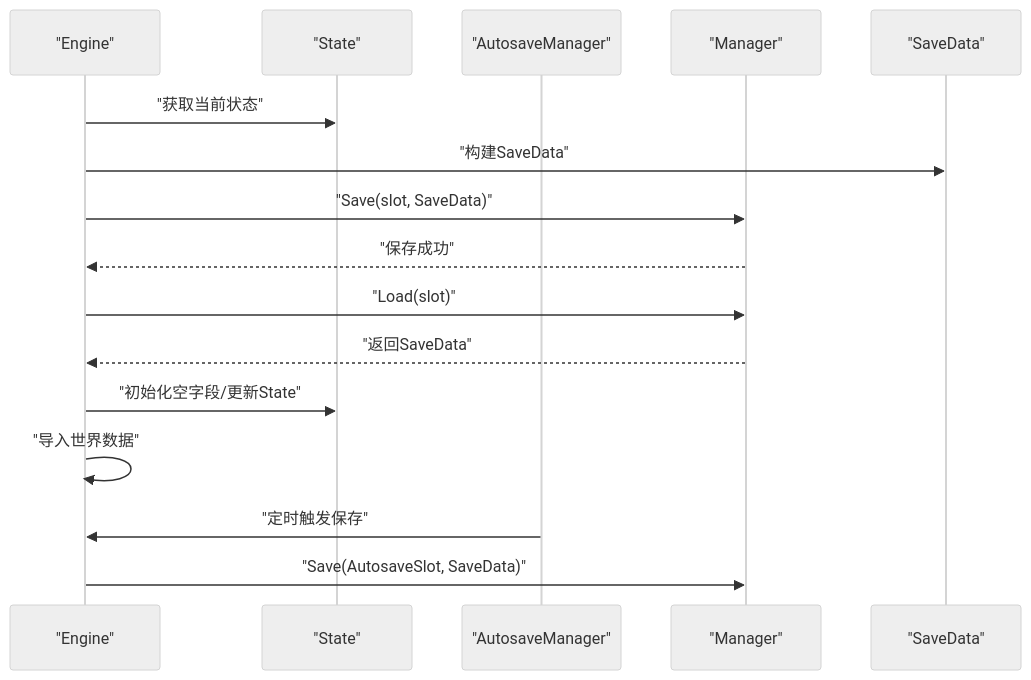
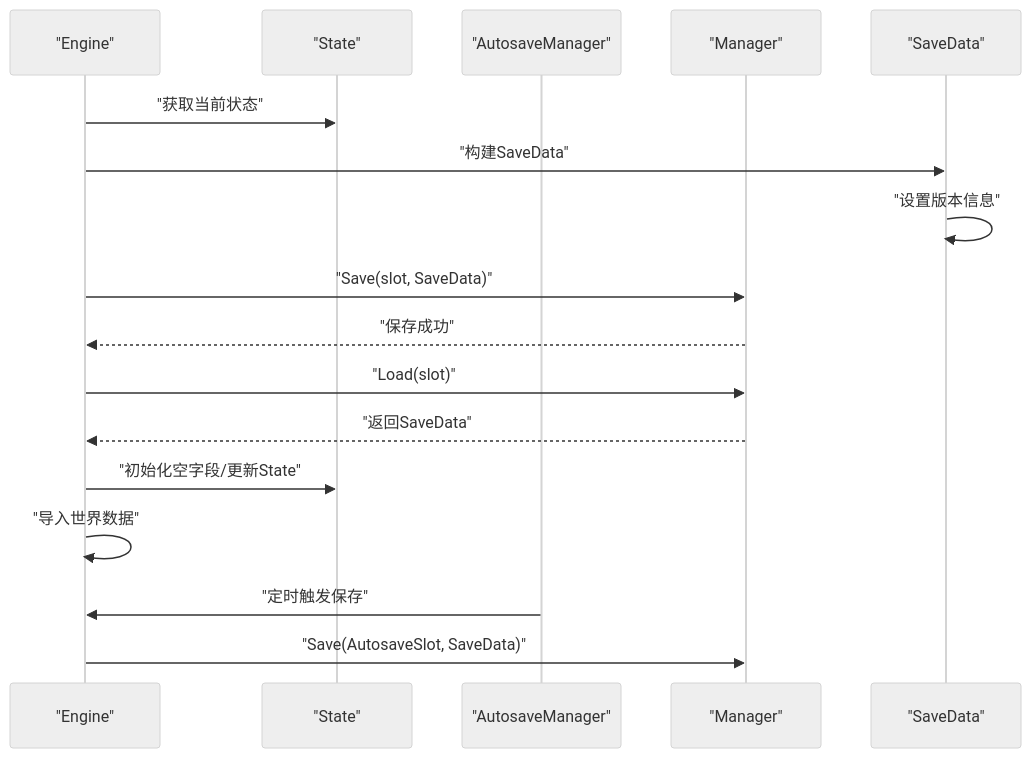
Before and after one commit to zwh8800/cdnd: the sixth of 9 diagrams in .qoder/repowiki/zh/content/存档系统.md, drawn with Mermaid (neutral theme). The commit also changed other lines of this file and 11 other files, not shown here.

````diff
--- a/.qoder/repowiki/zh/content/存档系统.md
+++ b/.qoder/repowiki/zh/content/存档系统.md
@@ -337,18 +334,19 @@
 ```mermaid
 sequenceDiagram
 participant ENG as "Engine"
 participant ST as "State"
 participant ASMgr as "AutosaveManager"
 participant SM as "Manager"
 participant SD as "SaveData"
 ENG->>ST : "获取当前状态"
 ENG->>SD : "构建SaveData"
+SD->>SD : "设置版本信息"
 ENG->>SM : "Save(slot, SaveData)"
 SM-->>ENG : "保存成功"
 ENG->>SM : "Load(slot)"
 SM-->>ENG : "返回SaveData"
 ENG->>ST : "初始化空字段/更新State"
 ENG->>ENG : "导入世界数据"
 ASMgr->>ENG : "定时触发保存"
 ENG->>SM : "Save(AutosaveSlot, SaveData)"
 ```
````
